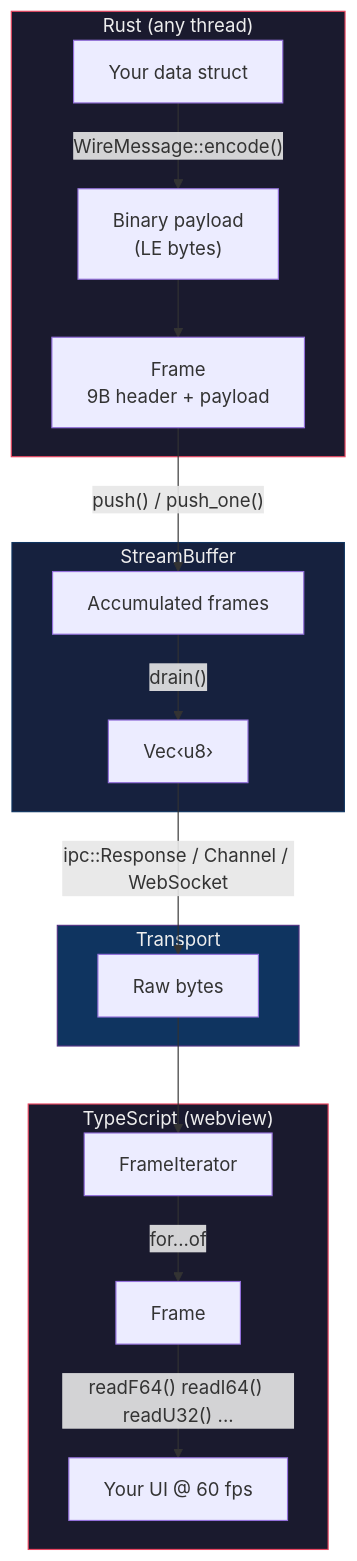
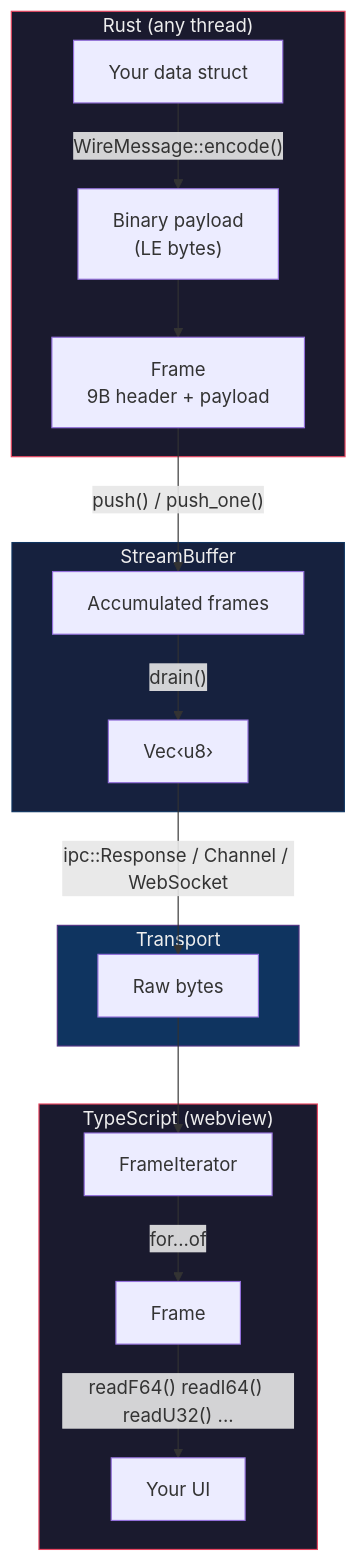
The first of 2 diagrams in README.md (gaby02/tauri-wire), drawn with Mermaid before and after one commit. The commit also changed other lines of this file and 1 other file, not shown here.

First line of the commit message:
docs: remove FPS/refresh-rate commentary from README and CLAUDE.md

````diff
--- a/README.md
+++ b/README.md
@@ -47,27 +43,27 @@
 ```mermaid
 flowchart TB
     subgraph Rust["Rust (any thread)"]
         A["Your data struct"] -->|"WireMessage::encode()"| B["Binary payload<br/>(LE bytes)"]
         B --> C["Frame<br/>9B header + payload"]
     end
 
     subgraph Buffer["StreamBuffer"]
         C -->|"push() / push_one()"| D["Accumulated frames"]
         D -->|"drain()"| E["Vec‹u8›"]
     end
 
     subgraph Transport["Transport"]
         E -->|"ipc::Response / Channel / WebSocket"| F["Raw bytes"]
     end
 
     subgraph JS["TypeScript (webview)"]
         F --> G["FrameIterator"]
         G -->|"for...of"| H["Frame"]
-        H -->|"readF64() readI64() readU32() ..."| I["Your UI @ 60 fps"]
+        H -->|"readF64() readI64() readU32() ..."| I["Your UI"]
     end
 
     style Rust fill:#1a1a2e,stroke:#e94560,color:#eee
     style Buffer fill:#16213e,stroke:#0f3460,color:#eee
     style Transport fill:#0f3460,stroke:#533483,color:#eee
     style JS fill:#1a1a2e,stroke:#e94560,color:#eee
 ```
````
